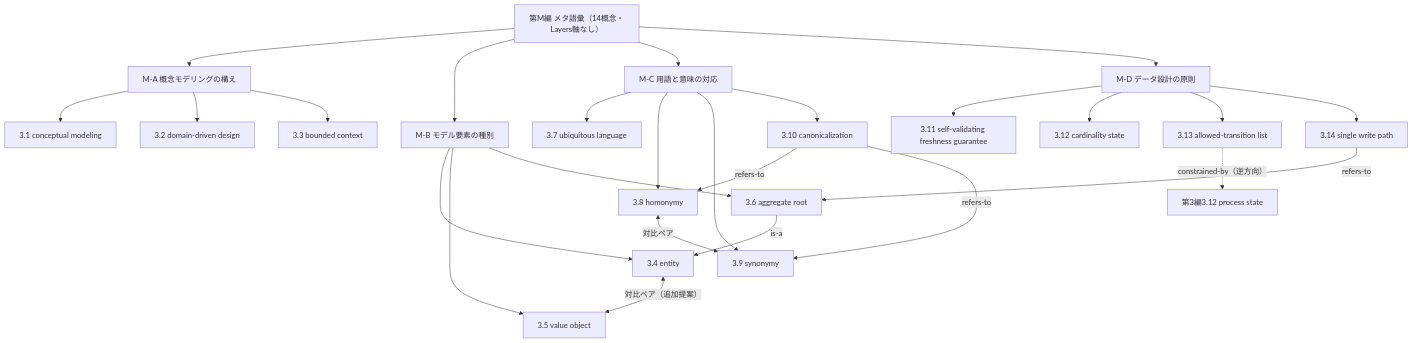
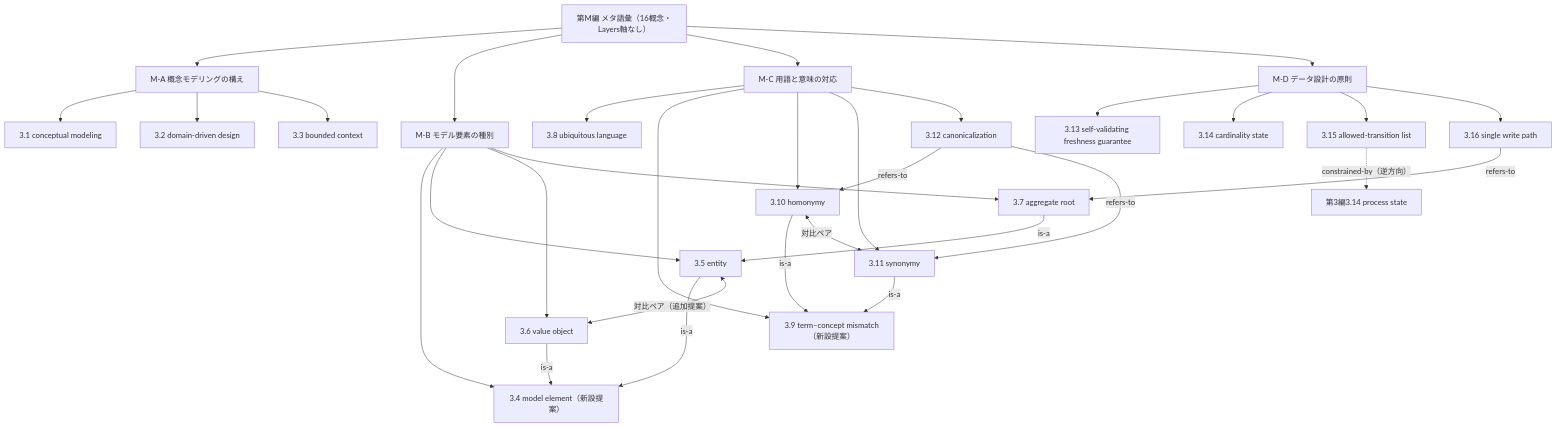
Before and after one commit to yuubae215/my-dictionary: the second of 2 diagrams in pilot/partM-metavocabulary.md, drawn with Mermaid. The commit also changed other lines of this file and 8 other files, not shown here.

````diff
--- a/pilot/partM-metavocabulary.md
+++ b/pilot/partM-metavocabulary.md
@@ -381,31 +431,37 @@
 ```mermaid
 flowchart TB
-    PM["第M編 メタ語彙（14概念・Layers軸なし）"]
+    PM["第M編 メタ語彙（16概念・Layers軸なし）"]
     PM --> A["M-A 概念モデリングの構え"]
     PM --> B["M-B モデル要素の種別"]
     PM --> C["M-C 用語と意味の対応"]
     PM --> D["M-D データ設計の原則"]
 
     A --> A1["3.1 conceptual modeling"]
     A --> A2["3.2 domain-driven design"]
     A --> A3["3.3 bounded context"]
-    B --> B1["3.4 entity"]
-    B --> B2["3.5 value object"]
-    B --> B3["3.6 aggregate root"]
-    C --> C1["3.7 ubiquitous language"]
-    C --> C2["3.8 homonymy"]
-    C --> C3["3.9 synonymy"]
-    C --> C4["3.10 canonicalization"]
-    D --> D1["3.11 self-validating freshness guarantee"]
-    D --> D2["3.12 cardinality state"]
-    D --> D3["3.13 allowed-transition list"]
-    D --> D4["3.14 single write path"]
+    B --> B0["3.4 model element（新設提案）"]
+    B --> B1["3.5 entity"]
+    B --> B2["3.6 value object"]
+    B --> B3["3.7 aggregate root"]
+    C --> C1["3.8 ubiquitous language"]
+    C --> C0["3.9 term–concept mismatch（新設提案）"]
+    C --> C2["3.10 homonymy"]
+    C --> C3["3.11 synonymy"]
+    C --> C4["3.12 canonicalization"]
+    D --> D1["3.13 self-validating freshness guarantee"]
+    D --> D2["3.14 cardinality state"]
+    D --> D3["3.15 allowed-transition list"]
+    D --> D4["3.16 single write path"]
 
     B3 -->|is-a| B1
+    B1 -->|is-a| B0
+    B2 -->|is-a| B0
+    C2 -->|is-a| C0
+    C3 -->|is-a| C0
     B1 <-->|"対比ペア（追加提案）"| B2
     C2 <-->|"対比ペア"| C3
     C4 -->|refers-to| C2
     C4 -->|refers-to| C3
-    D3 -.->|"constrained-by（逆方向）"| PS["第3編3.12 process state"]
+    D3 -.->|"constrained-by（逆方向）"| PS["第3編3.14 process state"]
     D4 -->|refers-to| B3
 ```
````
